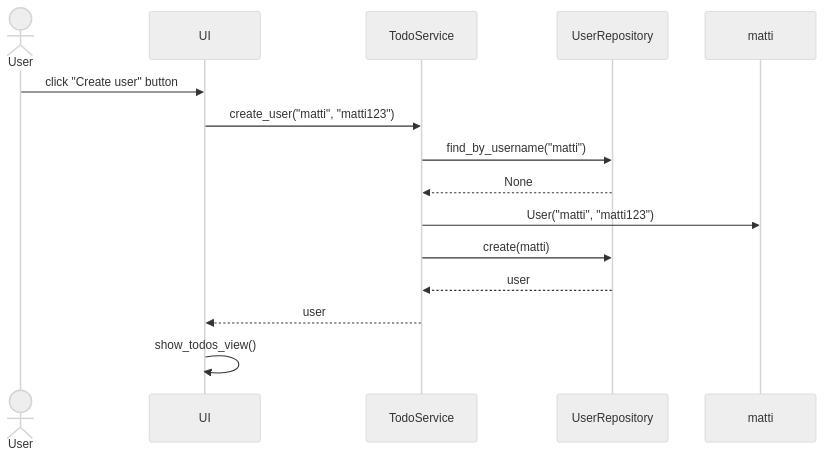
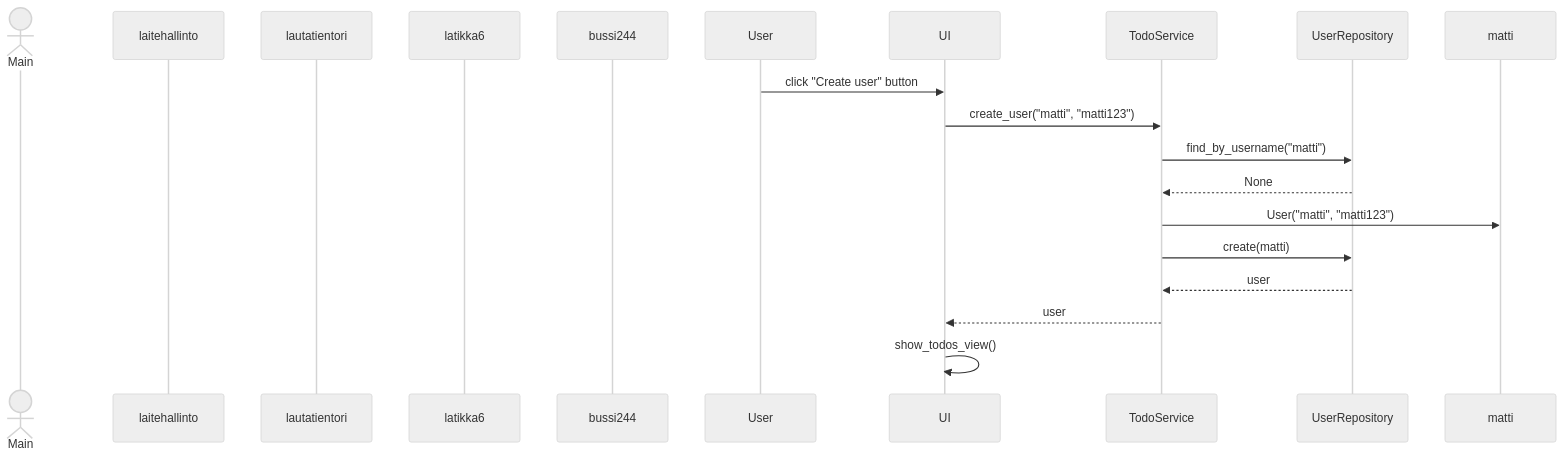
One commit to Germuu/ot-harjoitusty- changed the diagram in laskarit/viikko3/sekvenssikaavio.md. Above: the diagram before and after it, drawn with Mermaid (neutral theme).

````diff
--- a/laskarit/viikko3/sekvenssikaavio.md
+++ b/laskarit/viikko3/sekvenssikaavio.md
@@ -1,17 +1,18 @@
 ```mermaid
 sequenceDiagram
-  actor User
-  participant UI
-  participant TodoService
-  participant UserRepository
-  participant matti
+  actor Main
+  participant laitehallinto
+  participant lautatientori
+  participant latikka6
+  participant bussi244
+
   User->>UI: click "Create user" button
   UI->>TodoService: create_user("matti", "matti123")
   TodoService->>UserRepository: find_by_username("matti")
   UserRepository-->>TodoService: None
   TodoService->>matti: User("matti", "matti123")
   TodoService->>UserRepository: create(matti)
   UserRepository-->>TodoService: user
   TodoService-->>UI: user
   UI->>UI: show_todos_view()
 ```
````
